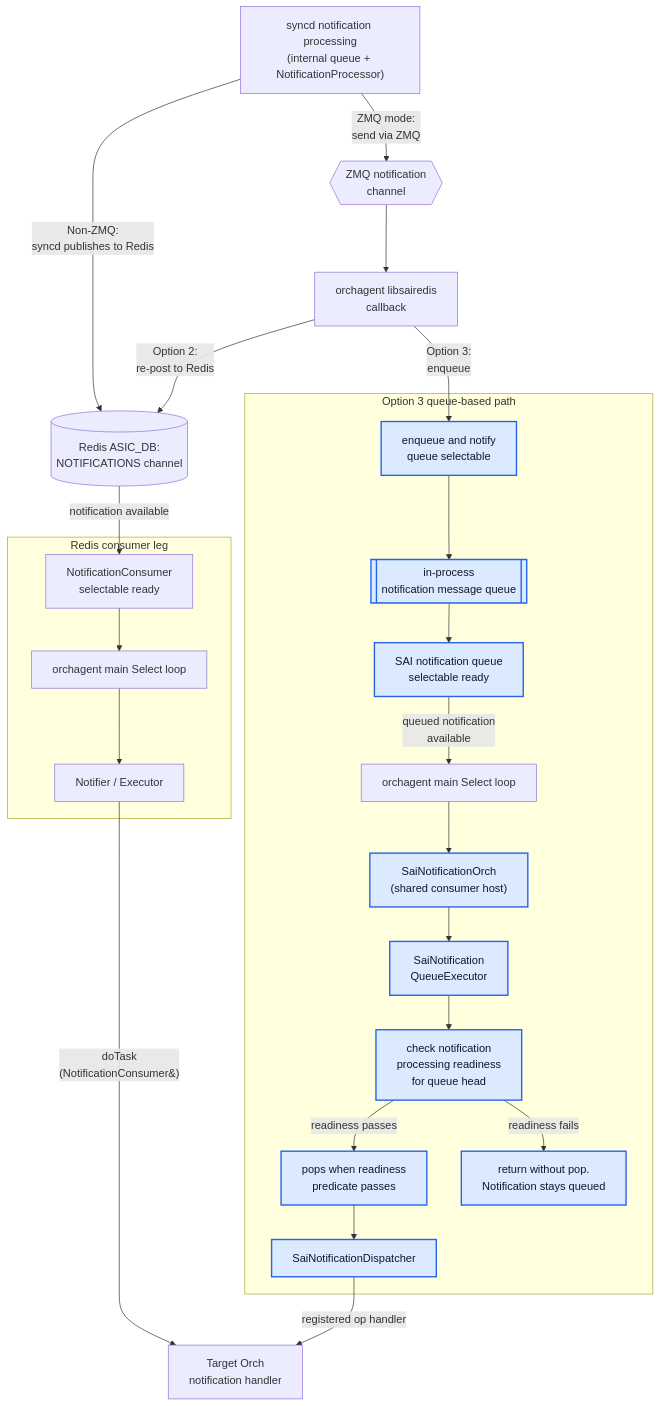
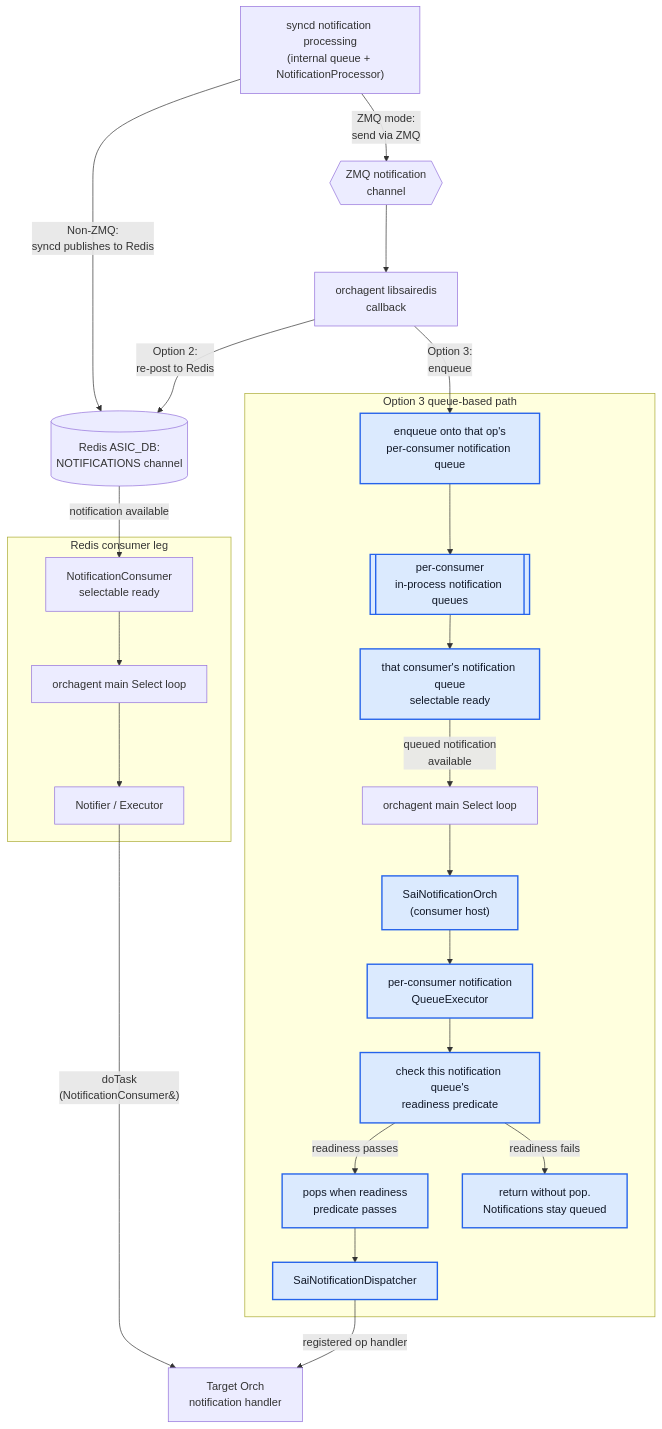
The eighth of 10 diagrams in hld/zmq-southbound-sai-notification-handling.md (sonic-net/sonic-buildimage), drawn with Mermaid before and after one commit. The commit also changed other lines of this file, not shown here.

Commit message:
Align Option 3 HLD with per-consumer notification queue design Document per-consumer queues, LruDedup/FIFO policy, readiness on SaiNotificationQueue, Redis-parity hasCachedData(), and COUNTERS_DB telemetry so the HLD matches the implementation under review.

````diff
--- a/hld/zmq-southbound-sai-notification-handling.md
+++ b/hld/zmq-southbound-sai-notification-handling.md
@@ -537,54 +543,54 @@
 ```mermaid
 flowchart TD
     syncd["syncd notification processing<br/>(internal queue + NotificationProcessor)"]
     zmq{{"ZMQ notification<br/>channel"}}
     libsairedisCallback["orchagent libsairedis<br/>callback"]
 
     redisNotifications[("Redis ASIC_DB:<br/>NOTIFICATIONS channel")]
 
     subgraph redisPath["Redis consumer leg"]
         redisConsumerReady["NotificationConsumer<br/>selectable ready"]
         redisMainLoop["orchagent main Select loop"]
         notifier["Notifier / Executor"]
     end
 
     subgraph option3Path["Option 3 queue-based path"]
-        enqueueNotify["enqueue and notify<br/>queue selectable"]
-        notificationQueue[["in-process<br/>notification message queue"]]
-        queueSelectableReady["SAI notification queue<br/>selectable ready"]
+        enqueueNotify["enqueue onto that op's<br/>per-consumer notification queue"]
+        notificationQueue[["per-consumer<br/>in-process notification queues"]]
+        queueSelectableReady["that consumer's notification queue<br/>selectable ready"]
         option3MainLoop["orchagent main Select loop"]
-        saiNotificationOrch["SaiNotificationOrch<br/>(shared consumer host)"]
-        queueExecutor["SaiNotification<br/>QueueExecutor"]
-        headPredicate["check notification<br/>processing readiness<br/>for queue head"]
+        saiNotificationOrch["SaiNotificationOrch<br/>(consumer host)"]
+        queueExecutor["per-consumer notification<br/>QueueExecutor"]
+        headPredicate["check this notification queue's<br/>readiness predicate"]
         queueDrain["pops when readiness<br/>predicate passes"]
-        stayQueued["return without pop.<br/>Notification stays queued"]
+        stayQueued["return without pop.<br/>Notifications stay queued"]
         dispatcher["SaiNotificationDispatcher"]
     end
 
     targetHandler["Target Orch<br/>notification handler"]
 
     syncd -->|"Non-ZMQ:<br/>syncd publishes to Redis"| redisNotifications
     syncd -->|"ZMQ mode:<br/>send via ZMQ"| zmq
     zmq --> libsairedisCallback
     libsairedisCallback -->|"Option 2:<br/>re-post to Redis"| redisNotifications
     libsairedisCallback -->|"Option 3:<br/>enqueue"| enqueueNotify
 
     redisNotifications -->|"notification available"| redisConsumerReady
     redisConsumerReady --> redisMainLoop
     redisMainLoop --> notifier
     notifier -->|"doTask<br/>(NotificationConsumer&)"| targetHandler
 
     enqueueNotify --> notificationQueue
     notificationQueue --> queueSelectableReady
     queueSelectableReady -->|"queued notification<br/>available"| option3MainLoop
     option3MainLoop --> saiNotificationOrch
     saiNotificationOrch --> queueExecutor
     queueExecutor --> headPredicate
     headPredicate -->|"readiness passes"| queueDrain
     headPredicate -->|"readiness fails"| stayQueued
     queueDrain --> dispatcher
     dispatcher -->|"registered op handler"| targetHandler
 
     classDef option3New fill:#dbeafe,stroke:#2563eb,stroke-width:2px,color:#111827
     class enqueueNotify,notificationQueue,queueSelectableReady,saiNotificationOrch,queueExecutor,headPredicate,queueDrain,stayQueued,dispatcher option3New
 ```
````
